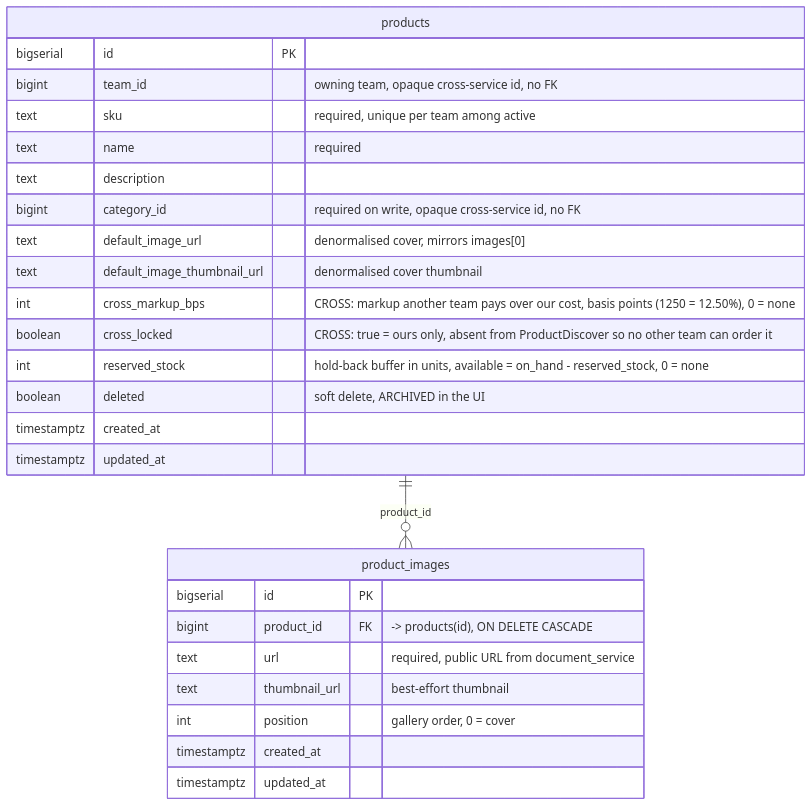
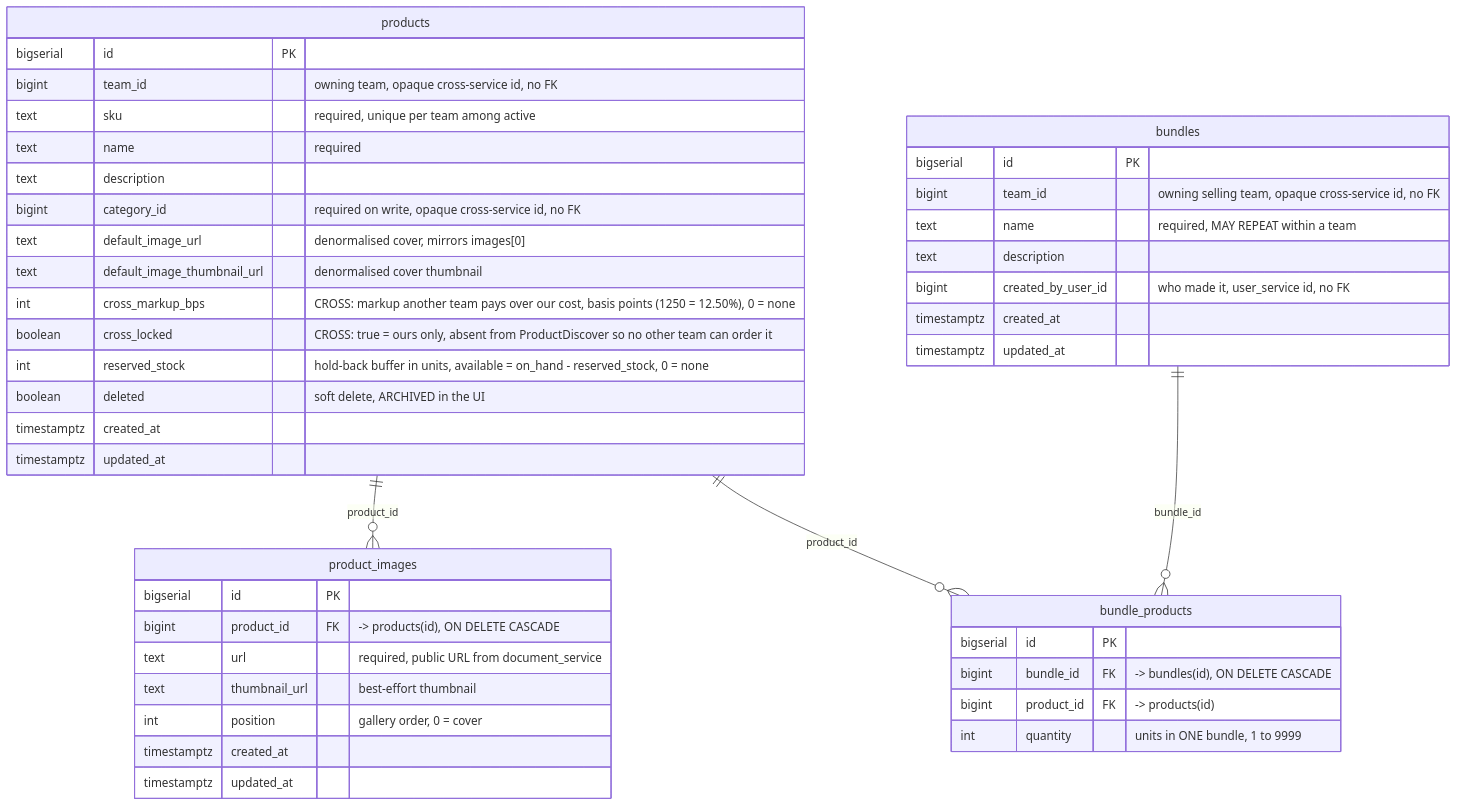
The fourth of 20 diagrams in docs/database-schema.md (pdcgo/warehouse_revamp), drawn with Mermaid before and after one commit. The commit also changed other lines of this file and 214 other files, not shown here.

First line of the commit message:
feat(product): bundles end to end — with the warehouse fee and order work in flight

````diff
--- a/docs/database-schema.md
+++ b/docs/database-schema.md
@@ -214,31 +214,50 @@
 ```mermaid
 erDiagram
     products ||--o{ product_images : "product_id"
+    bundles ||--o{ bundle_products : "bundle_id"
+    products ||--o{ bundle_products : "product_id"
 
     products {
         bigserial   id                          PK
         bigint      team_id                     "owning team, opaque cross-service id, no FK"
         text        sku                         "required, unique per team among active"
         text        name                        "required"
         text        description
         bigint      category_id                 "required on write, opaque cross-service id, no FK"
         text        default_image_url           "denormalised cover, mirrors images[0]"
         text        default_image_thumbnail_url "denormalised cover thumbnail"
         int         cross_markup_bps            "CROSS: markup another team pays over our cost, basis points (1250 = 12.50%), 0 = none"
         boolean     cross_locked                "CROSS: true = ours only, absent from ProductDiscover so no other team can order it"
         int         reserved_stock              "hold-back buffer in units, available = on_hand - reserved_stock, 0 = none"
         boolean     deleted                     "soft delete, ARCHIVED in the UI"
         timestamptz created_at
         timestamptz updated_at
     }
 
     product_images {
         bigserial   id            PK
         bigint      product_id    FK "-> products(id), ON DELETE CASCADE"
         text        url           "required, public URL from document_service"
         text        thumbnail_url "best-effort thumbnail"
         int         position      "gallery order, 0 = cover"
         timestamptz created_at
         timestamptz updated_at
     }
+
+    bundles {
+        bigserial   id                 PK
+        bigint      team_id            "owning selling team, opaque cross-service id, no FK"
+        text        name               "required, MAY REPEAT within a team"
+        text        description
+        bigint      created_by_user_id "who made it, user_service id, no FK"
+        timestamptz created_at
+        timestamptz updated_at
+    }
+
+    bundle_products {
+        bigserial id         PK
+        bigint    bundle_id  FK "-> bundles(id), ON DELETE CASCADE"
+        bigint    product_id FK "-> products(id)"
+        int       quantity   "units in ONE bundle, 1 to 9999"
+    }
 ```
````
